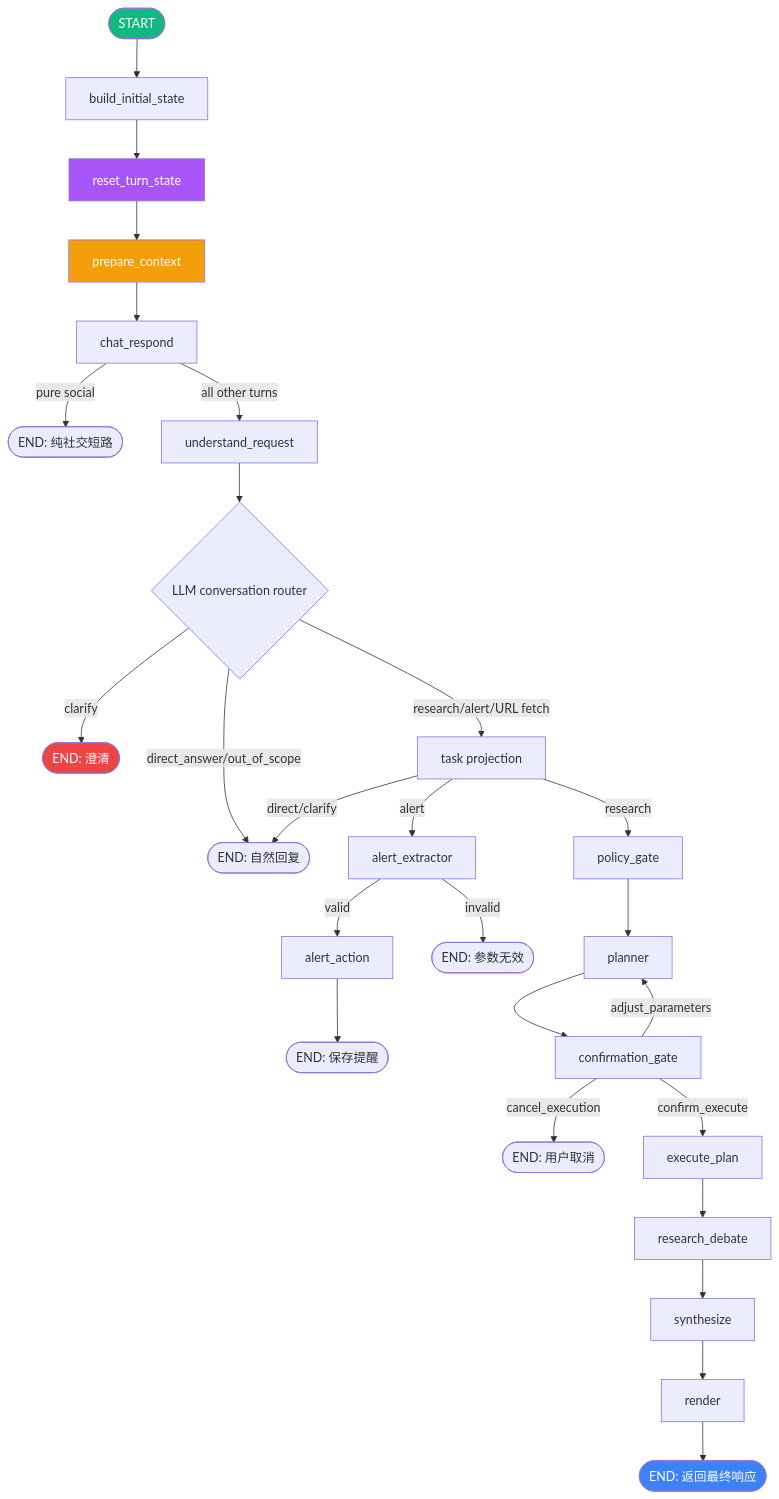
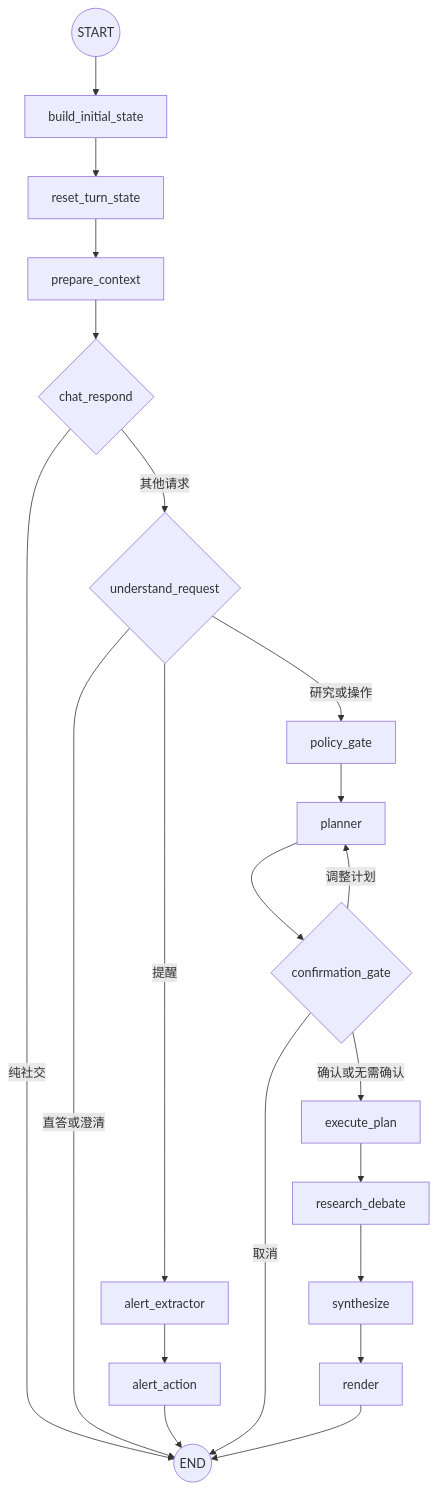
The diagram in docs/LANGGRAPH_FLOW.md (kkkano/FinSight), drawn with Mermaid before and after one commit. The commit also changed other lines of this file and 70 other files, not shown here.

Commit message:
docs: align architecture and archive superseded material

````diff
--- a/docs/LANGGRAPH_FLOW.md
+++ b/docs/LANGGRAPH_FLOW.md
@@ -15,34 +7,16 @@
 ```mermaid
-graph TD
-    START([START]) --> build_initial_state
-    build_initial_state --> reset_turn_state
-    reset_turn_state --> prepare_context
-    prepare_context --> chat_respond
-    chat_respond -->|pure social| END_CASUAL([END: 纯社交短路])
-    chat_respond -->|all other turns| understand_request
-    understand_request --> router_decision{LLM conversation router}
-    router_decision -->|direct_answer/out_of_scope| END_CHAT([END: 自然回复])
-    router_decision -->|clarify| END_CLARIFY([END: 澄清])
-    router_decision -->|research/alert/URL fetch| understand_projection[task projection]
-    understand_projection -->|direct/clarify| END_CHAT
-    understand_projection -->|alert| alert_extractor
-    understand_projection -->|research| policy_gate
-    alert_extractor -->|valid| alert_action
-    alert_action --> END_ALERT([END: 保存提醒])
-    alert_extractor -->|invalid| END_ALERT_INVALID([END: 参数无效])
-    policy_gate --> planner
-    planner --> confirmation_gate
-    confirmation_gate -->|cancel_execution| END_CANCEL([END: 用户取消])
-    confirmation_gate -->|adjust_parameters| planner
-    confirmation_gate -->|confirm_execute| execute_plan
-    execute_plan --> research_debate
-    research_debate --> synthesize
-    synthesize --> render
-    render --> END_DONE([END: 返回最终响应])
-
-    style START fill:#10b981,color:#fff
-    style reset_turn_state fill:#a855f7,color:#fff
-    style prepare_context fill:#f59e0b,color:#fff
-    style END_CLARIFY fill:#ef4444,color:#fff
-    style END_DONE fill:#3b82f6,color:#fff
+flowchart TD
+    S((START)) --> INIT[build_initial_state]
+    INIT --> RESET[reset_turn_state]
+    RESET --> PREP[prepare_context]
+    PREP --> CHAT{chat_respond}
+    CHAT -->|纯社交| E((END))
+    CHAT -->|其他请求| U{understand_request}
+    U -->|直答或澄清| E
+    U -->|提醒| AX[alert_extractor] --> AA[alert_action] --> E
+    U -->|研究或操作| PG[policy_gate] --> PL[planner] --> CG{confirmation_gate}
+    CG -->|取消| E
+    CG -->|调整计划| PL
+    CG -->|确认或无需确认| EX[execute_plan]
+    EX --> DB[research_debate] --> SY[synthesize] --> RE[render] --> E
 ```
````
